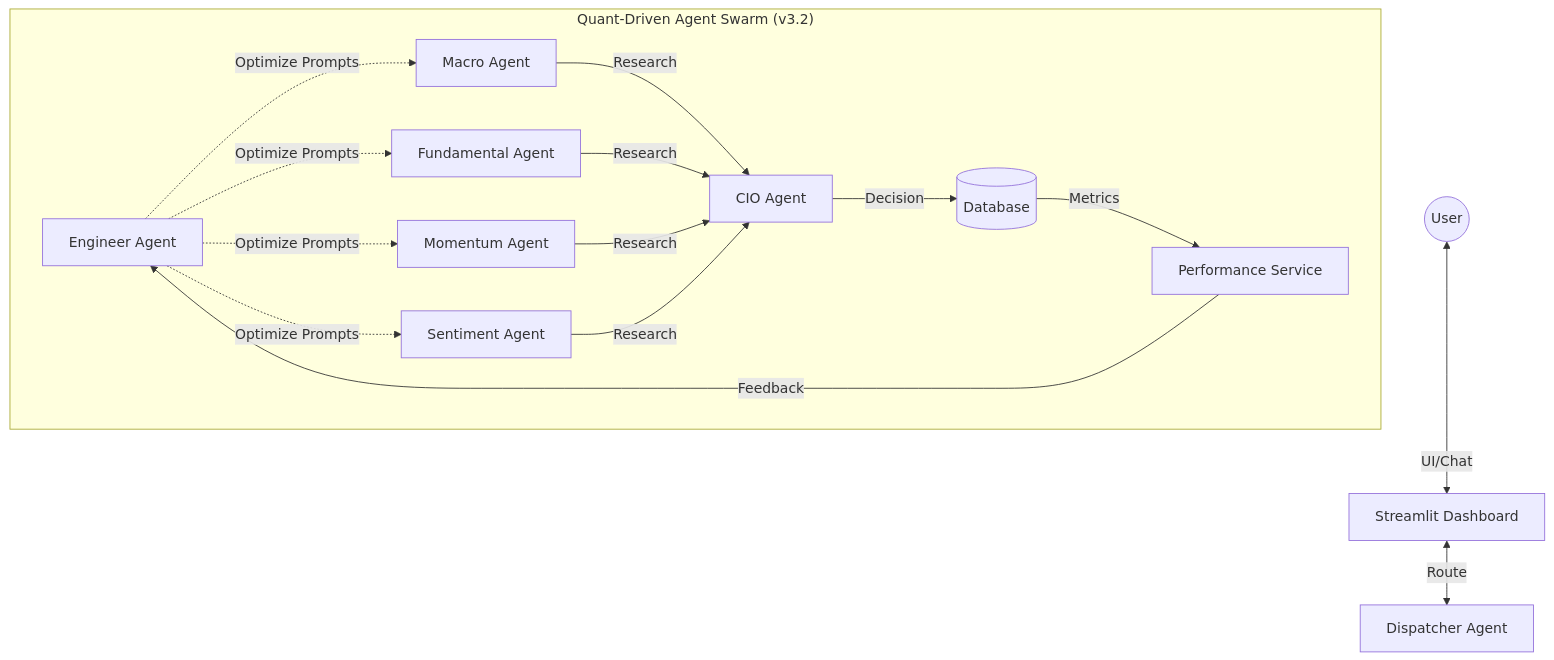
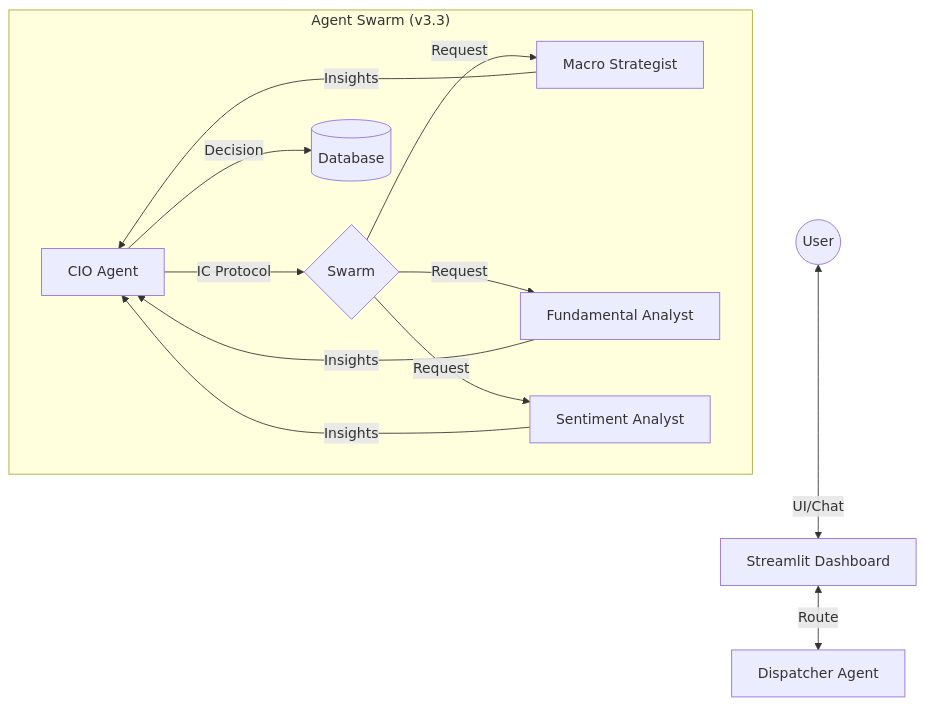
One commit to neohsiung/AI-Investment-Advisor changed the second of 2 diagrams in README.md. Above: the diagram before and after it, drawn with Mermaid. The commit also changed other lines of this file and 19 other files, not shown here.

````diff
--- a/README.md
+++ b/README.md
@@ -98,20 +98,17 @@
 ```mermaid
 graph TD
     User((User)) <-->|UI/Chat| DASH[Streamlit Dashboard]
     DASH <-->|Route| DISP[Dispatcher Agent]
     
-    subgraph "Quant-Driven Agent Swarm (v3.2)"
-        ENG[Engineer Agent]
-        MA[Macro Agent]
-        FA[Fundamental Agent]
-        MO[Momentum Agent]
-        SA[Sentiment Agent]
+    subgraph "Agent Swarm (v3.3)"
         CIO[CIO Agent]
+        MACRO[Macro Strategist]
+        FUND[Fundamental Analyst]
+        SENT[Sentiment Analyst]
         
-        MA & FA & MO & SA -->|Research| CIO
+        CIO -->|IC Protocol| SWARM{Swarm}
+        SWARM -->|Request| MACRO & FUND & SENT
+        MACRO & FUND & SENT -->|Insights| CIO
         CIO -->|Decision| DB[(Database)]
-        DB -->|Metrics| PERF[Performance Service]
-        PERF -->|Feedback| ENG
-        ENG -.->|Optimize Prompts| MA & FA & MO & SA
     end
 ```
````
